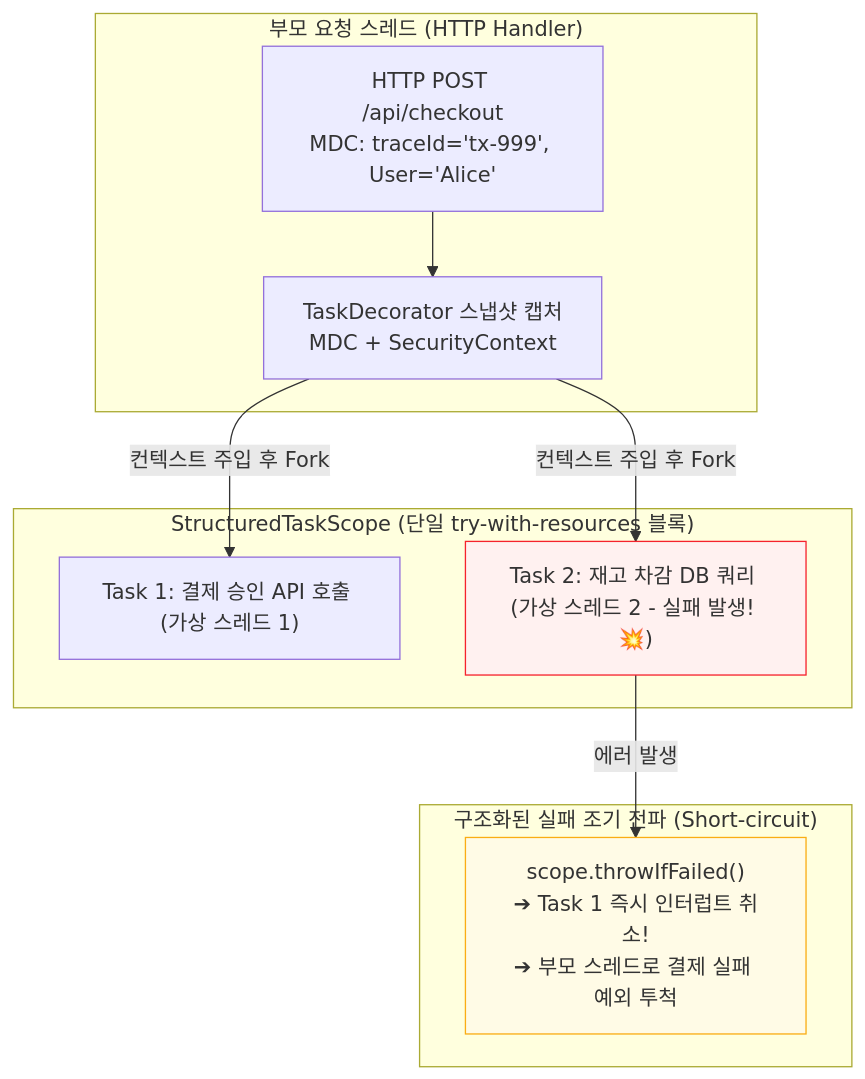
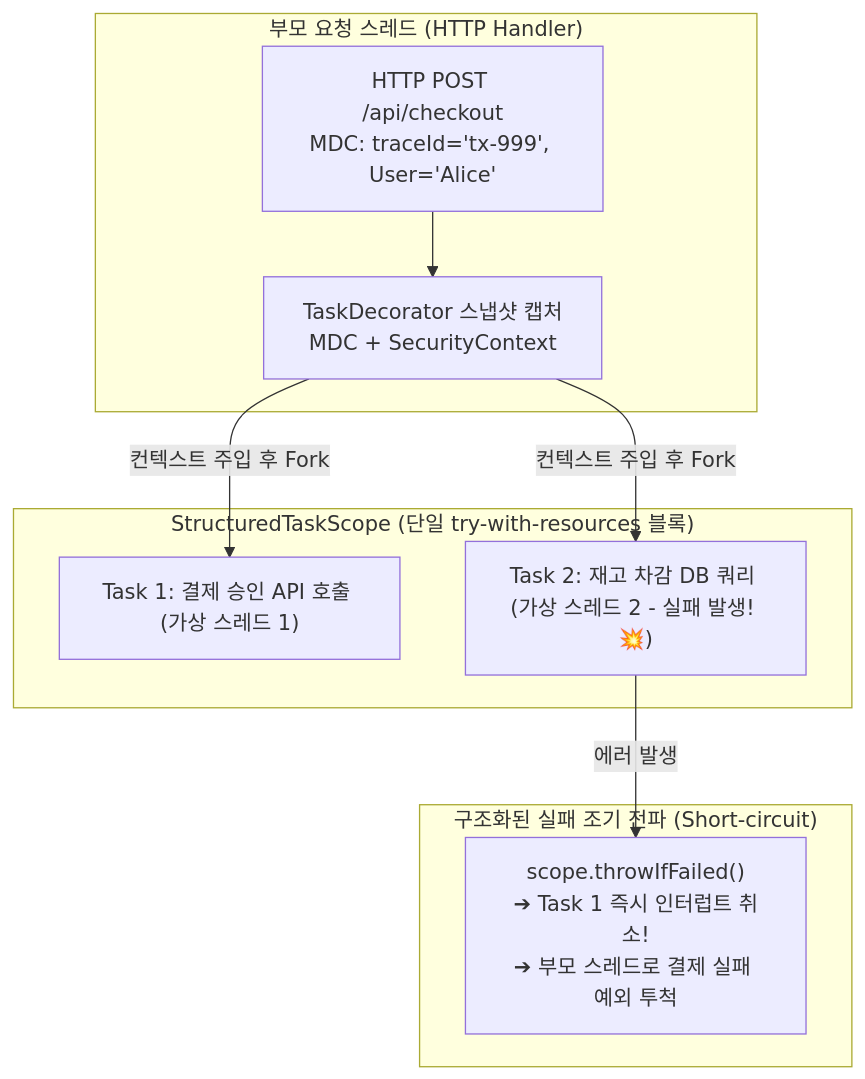
The diagram in spring-boot-notes/05-async-reactive/07-structured-concurrency-and-task-decorator.md (sing-u8/Learning_Spring_Boot_4), drawn with Mermaid before and after one commit. The commit also changed 5 other files, not shown here.

Commit message:
fix(diagrams): remove hardcoded bright pastel styles for optimal dark mode readability

````diff
--- a/spring-boot-notes/05-async-reactive/07-structured-concurrency-and-task-decorator.md
+++ b/spring-boot-notes/05-async-reactive/07-structured-concurrency-and-task-decorator.md
@@ -40,23 +40,20 @@
 ```mermaid
 flowchart TD
     subgraph Parent ["부모 요청 스레드 (HTTP Handler)"]
         Req["HTTP POST /api/checkout<br/>MDC: traceId='tx-999', User='Alice'"]
         Decorator["TaskDecorator 스냅샷 캡처<br/>MDC + SecurityContext"]
     end
 
     subgraph Scope ["StructuredTaskScope (단일 try-with-resources 블록)"]
         F1["Task 1: 결제 승인 API 호출 (가상 스레드 1)"]
         F2["Task 2: 재고 차감 DB 쿼리 (가상 스레드 2 - 실패 발생! 💥)"]
     end
 
     subgraph Action ["구조화된 실패 조기 전파 (Short-circuit)"]
         Cancel["scope.throwIfFailed()<br/>➔ Task 1 즉시 인터럽트 취소!<br/>➔ 부모 스레드로 결제 실패 예외 투척"]
     end
 
     Req --> Decorator
     Decorator -->|컨텍스트 주입 후 Fork| F1 & F2
     F2 -->|에러 발생| Cancel
-
-    style F2 fill:#fff1f0,stroke:#f5222d
-    style Cancel fill:#fffbe6,stroke:#faad14
 ```
````
